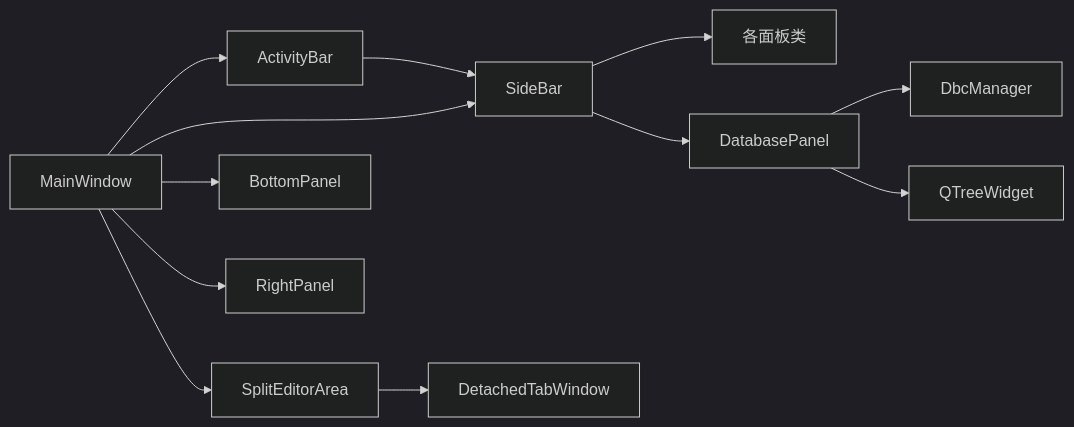
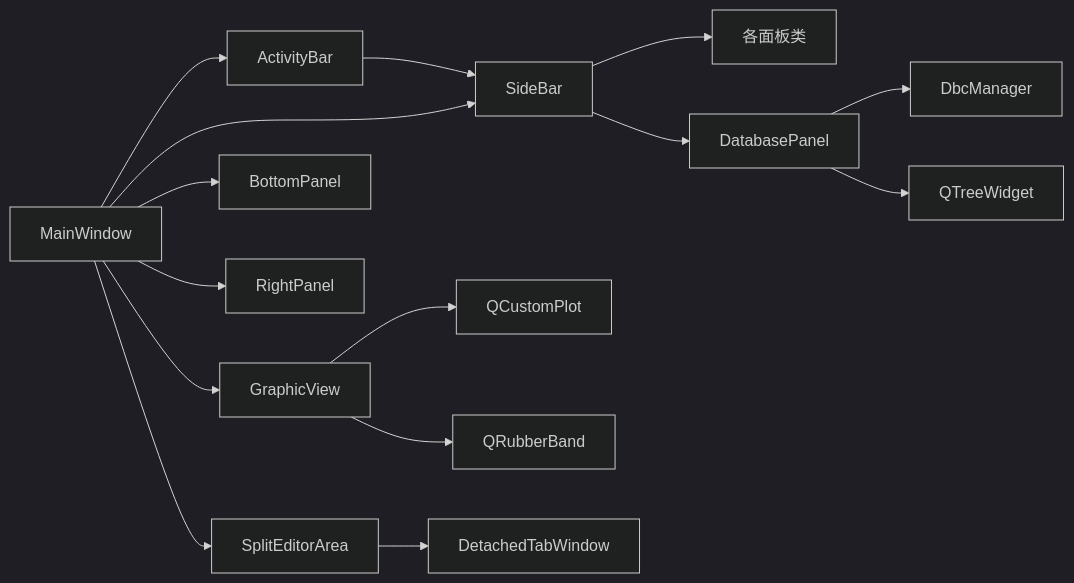
The seventh of 7 diagrams in .qoder/repowiki/zh/content/架构设计/UI系统设计/工具栏系统.md (jakecai1225-design/OpenBus), drawn with Mermaid (dark theme) before and after one commit. The commit also changed other lines of this file and 13 other files, not shown here.

Commit message:
graphic 插件方案

````diff
--- a/.qoder/repowiki/zh/content/架构设计/UI系统设计/工具栏系统.md
+++ b/.qoder/repowiki/zh/content/架构设计/UI系统设计/工具栏系统.md
@@ -422,14 +453,17 @@
 ```mermaid
 graph LR
 AB["ActivityBar"] --> SB["SideBar"]
 SB --> Panels["各面板类"]
 SB --> DBP["DatabasePanel"]
 DBP --> DBCMgr["DbcManager"]
 DBP --> Tree["QTreeWidget"]
 MW["MainWindow"] --> AB
 MW --> SB
 MW --> SE["SplitEditorArea"]
 MW --> BP["BottomPanel"]
 MW --> RP["RightPanel"]
+MW --> GV["GraphicView"]
+GV --> QCP["QCustomPlot"]
+GV --> Rubber["QRubberBand"]
 SE --> DTW["DetachedTabWindow"]
 ```
````
